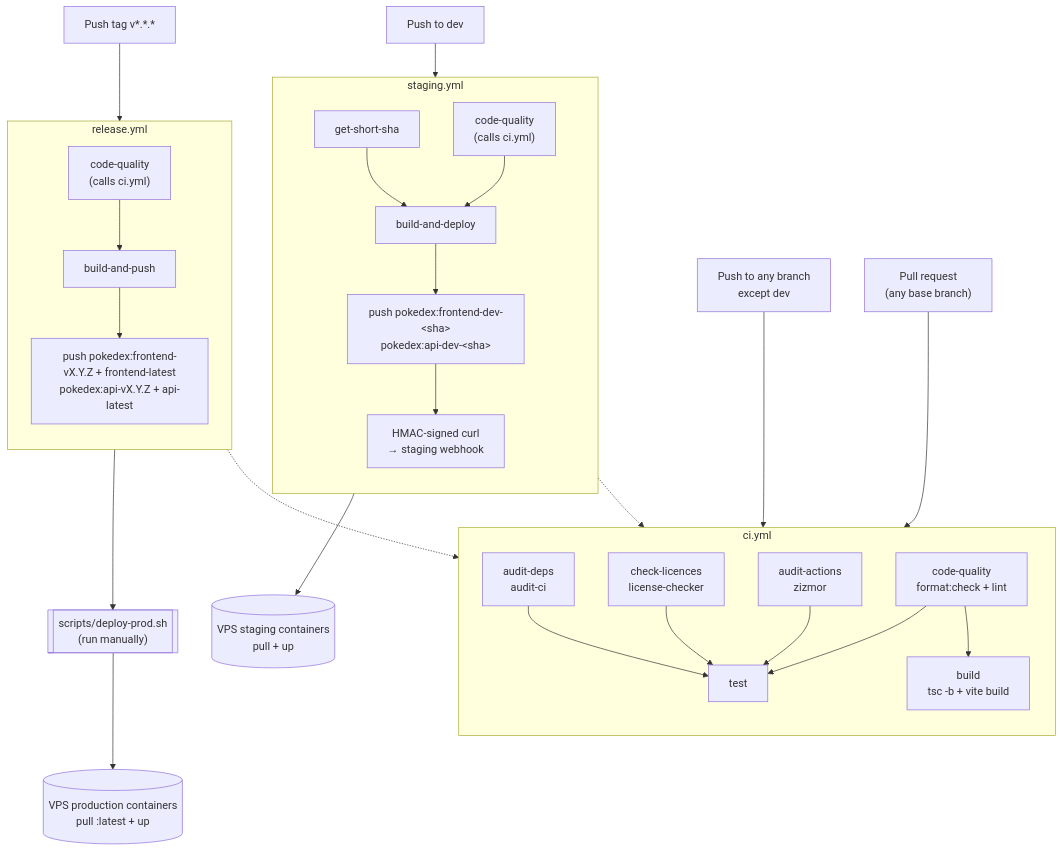
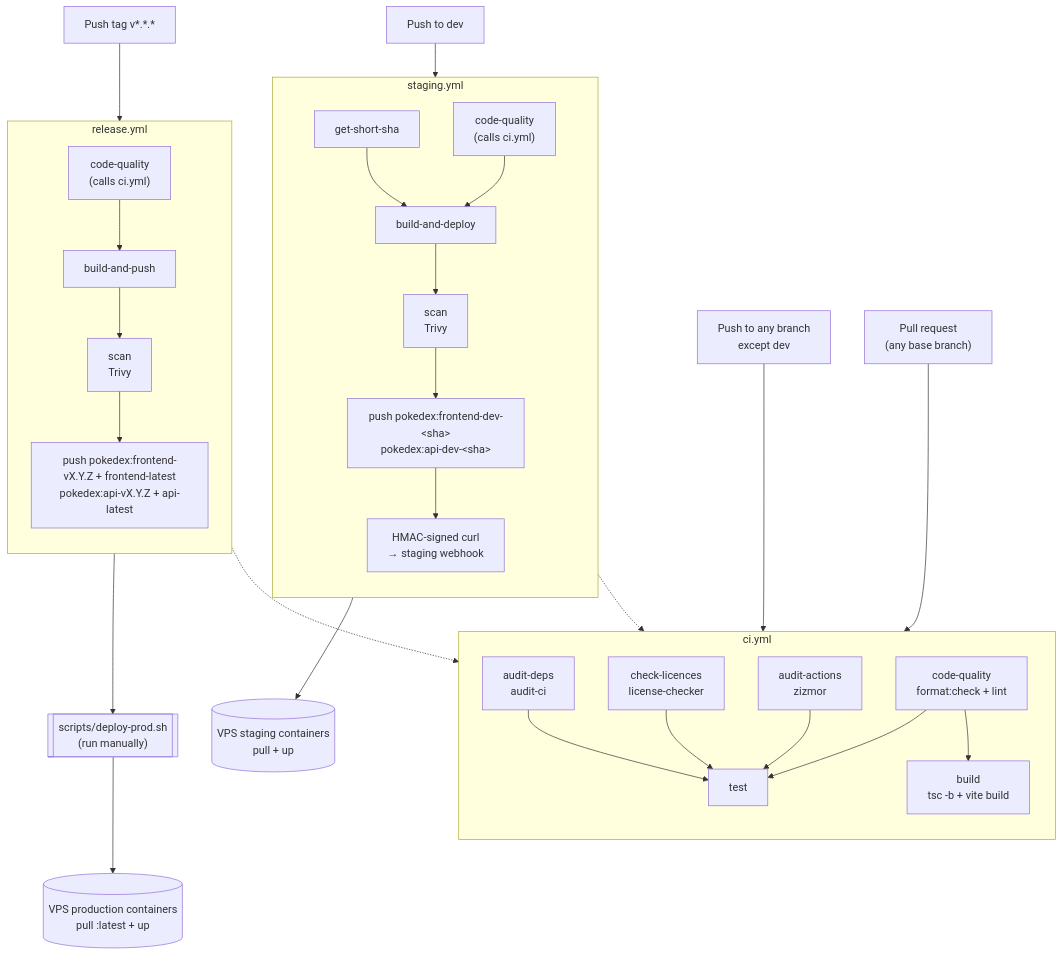
One commit to ddZ6ii/pokedex changed the diagram in README.md. Above: the diagram before and after it, drawn with Mermaid. The commit also changed other lines of this file and 5 other files, not shown here.

First line of the commit message:
ci(trivy): scan Docker images, fix real vulnerabilities before gating

````diff
--- a/README.md
+++ b/README.md
@@ -49,44 +49,46 @@
 ```mermaid
 flowchart TD
     FEAT["Push to any branch<br/>except dev"]
     PR["Pull request<br/>(any base branch)"]
     DEVPUSH["Push to dev"]
     TAGPUSH["Push tag v*.*.*"]
 
     FEAT --> CI
     PR --> CI
 
     subgraph CI["ci.yml"]
         direction TB
         CQ["code-quality<br/>format:check + lint"] --> T["test"]
         AA["audit-actions<br/>zizmor"] --> T
         CL["check-licences<br/>license-checker"] --> T
         AD["audit-deps<br/>audit-ci"] --> T
         CQ --> B["build<br/>tsc -b + vite build"]
     end
 
     DEVPUSH --> STAGING
 
     subgraph STAGING["staging.yml"]
         direction TB
         SSHA["get-short-sha"]
         SCQ["code-quality<br/>(calls ci.yml)"]
         SSHA --> SSTEP["build-and-deploy"]
         SCQ --> SSTEP
-        SSTEP --> SPUSH["push pokedex:frontend-dev-&lt;sha&gt;<br/>pokedex:api-dev-&lt;sha&gt;"]
+        SSTEP --> SSCAN["scan<br/>Trivy"]
+        SSCAN --> SPUSH["push pokedex:frontend-dev-&lt;sha&gt;<br/>pokedex:api-dev-&lt;sha&gt;"]
         SPUSH --> SHOOK["HMAC-signed curl<br/>→ staging webhook"]
     end
     SCQ -.-> CI
     SHOOK --> STAGEVPS[("VPS staging containers<br/>pull + up")]
 
     TAGPUSH --> RELEASE
 
     subgraph RELEASE["release.yml"]
         direction TB
         RCQ["code-quality<br/>(calls ci.yml)"] --> RSTEP["build-and-push"]
-        RSTEP --> RPUSH["push pokedex:frontend-vX.Y.Z + frontend-latest<br/>pokedex:api-vX.Y.Z + api-latest"]
+        RSTEP --> RSCAN["scan<br/>Trivy"]
+        RSCAN --> RPUSH["push pokedex:frontend-vX.Y.Z + frontend-latest<br/>pokedex:api-vX.Y.Z + api-latest"]
     end
     RCQ -.-> CI
     RPUSH --> MANUAL[["scripts/deploy-prod.sh<br/>(run manually)"]]
     MANUAL --> PRODVPS[("VPS production containers<br/>pull :latest + up")]
 ```
````
